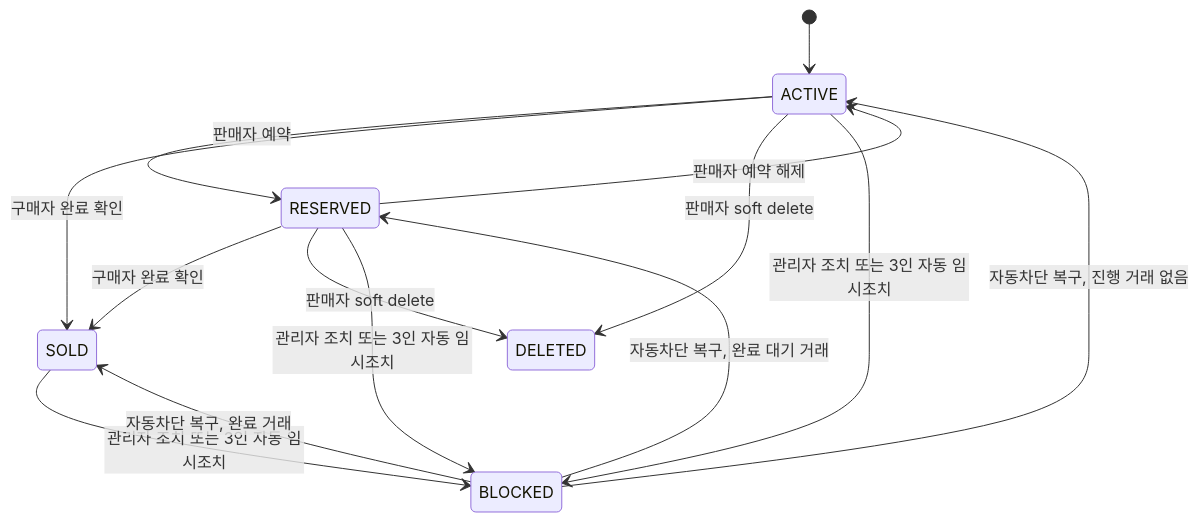
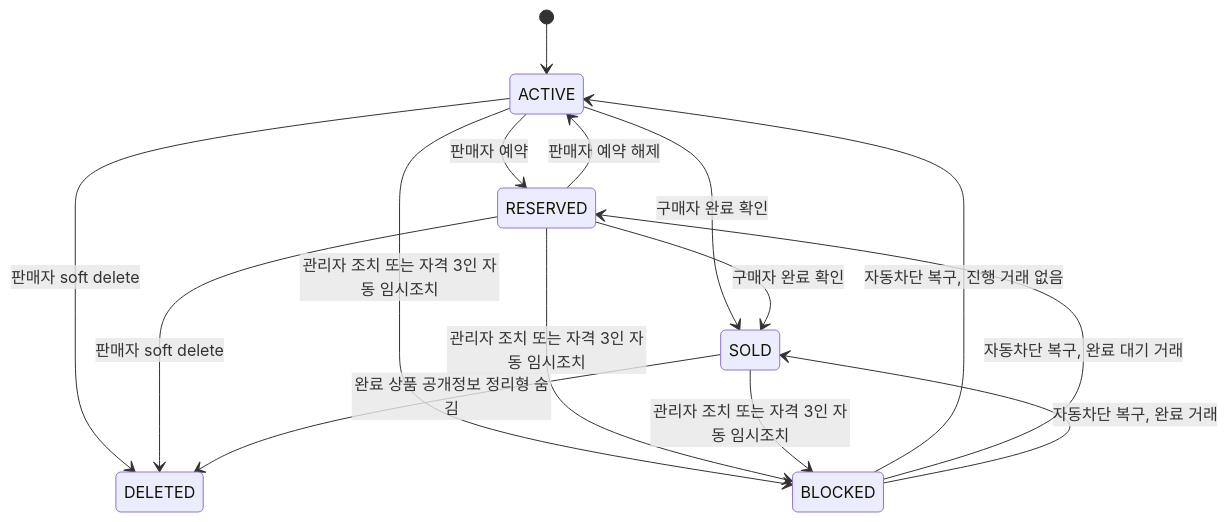
Before and after one commit to harute7660/tiny-secondhand-shopping-platform: the third of 3 diagrams in docs/09_REPORT_DRAFT.md, drawn with Mermaid. The commit also changed other lines of this file and 41 other files, not shown here.

````diff
--- a/docs/09_REPORT_DRAFT.md
+++ b/docs/09_REPORT_DRAFT.md
@@ -283,16 +284,17 @@
 ```mermaid
 stateDiagram-v2
     [*] --> ACTIVE
     ACTIVE --> RESERVED: 판매자 예약
     RESERVED --> ACTIVE: 판매자 예약 해제
     ACTIVE --> SOLD: 구매자 완료 확인
     RESERVED --> SOLD: 구매자 완료 확인
     ACTIVE --> DELETED: 판매자 soft delete
     RESERVED --> DELETED: 판매자 soft delete
-    ACTIVE --> BLOCKED: 관리자 조치 또는 3인 자동 임시조치
-    RESERVED --> BLOCKED: 관리자 조치 또는 3인 자동 임시조치
-    SOLD --> BLOCKED: 관리자 조치 또는 3인 자동 임시조치
+    SOLD --> DELETED: 완료 상품 공개정보 정리형 숨김
+    ACTIVE --> BLOCKED: 관리자 조치 또는 자격 3인 자동 임시조치
+    RESERVED --> BLOCKED: 관리자 조치 또는 자격 3인 자동 임시조치
+    SOLD --> BLOCKED: 관리자 조치 또는 자격 3인 자동 임시조치
     BLOCKED --> ACTIVE: 자동차단 복구, 진행 거래 없음
     BLOCKED --> RESERVED: 자동차단 복구, 완료 대기 거래
     BLOCKED --> SOLD: 자동차단 복구, 완료 거래
 ```
````
